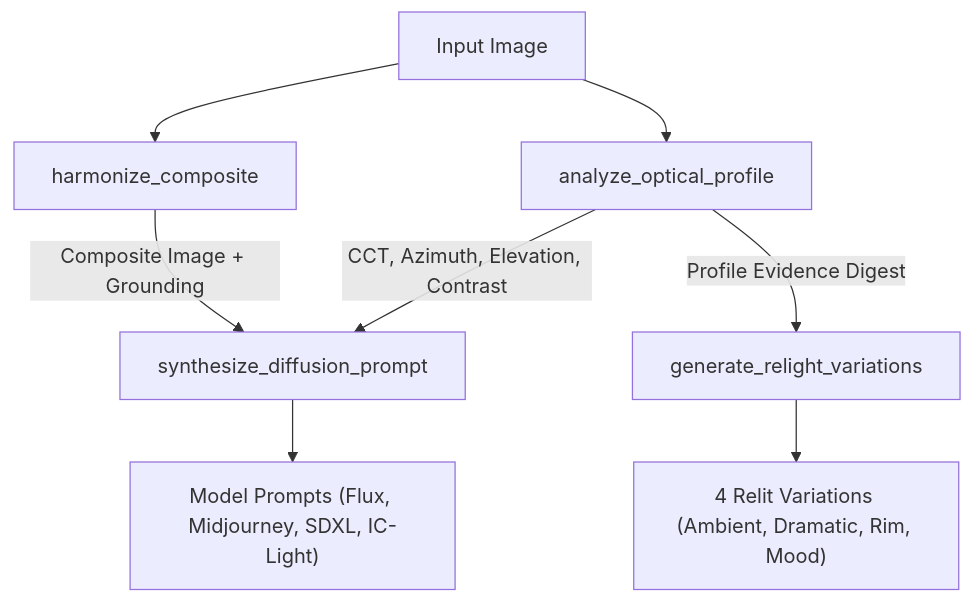
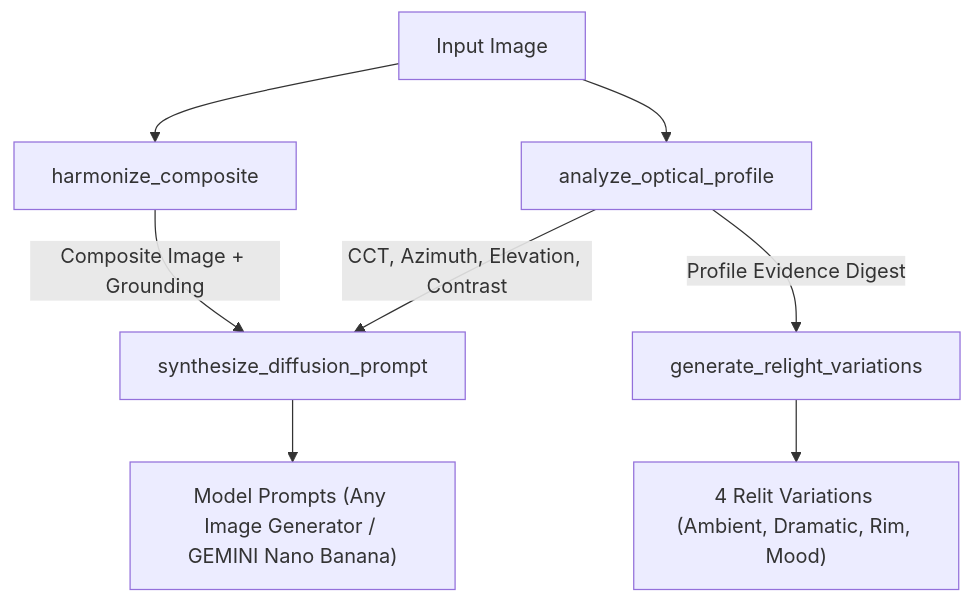
Before and after one commit to MarwanDevSpace/mcp-relight-harmonize: the diagram in docs/architecture.md, drawn with Mermaid. The commit also changed other lines of this file and 32 other files, not shown here.

Commit message:
feat: enforce Image Generator modification, neutral model naming, and Antigravity recommendation (v1.0.4)

````diff
--- a/docs/architecture.md
+++ b/docs/architecture.md
@@ -58,10 +58,10 @@
 ```mermaid
 graph TD
     A["Input Image"] --> B["analyze_optical_profile"]
     B -->|CCT, Azimuth, Elevation, Contrast| C["synthesize_diffusion_prompt"]
     B -->|Profile Evidence Digest| D["generate_relight_variations"]
     A --> E["harmonize_composite"]
     E -->|Composite Image + Grounding| C
     D --> F["4 Relit Variations (Ambient, Dramatic, Rim, Mood)"]
-    C --> G["Model Prompts (Flux, Midjourney, SDXL, IC-Light)"]
+    C --> G["Model Prompts (Any Image Generator / GEMINI Nano Banana)"]
 ```
````
